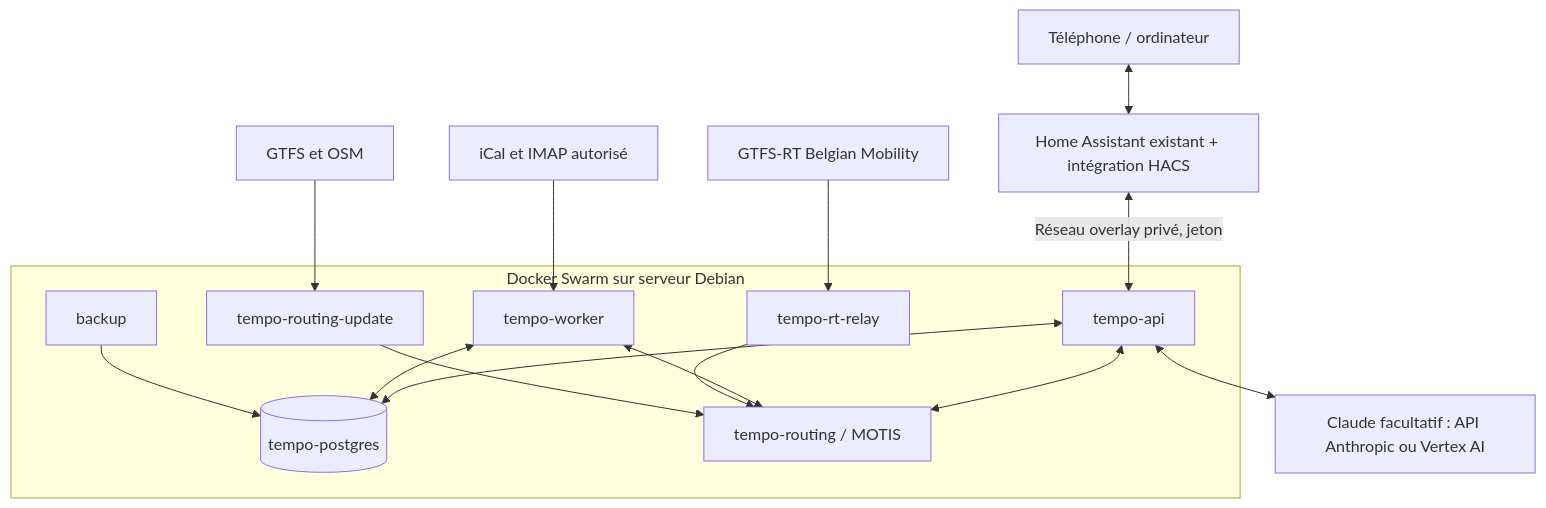
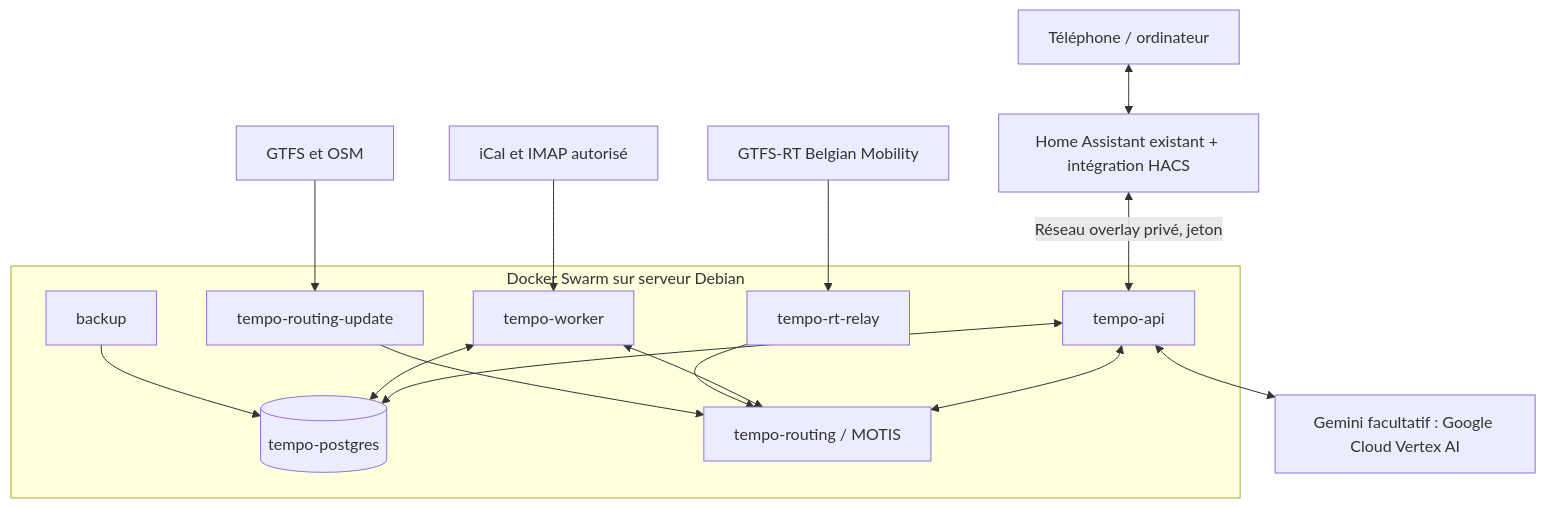
Diagram 13 of 13 in ARCHITECTURE.md (mtx26/Tempo), drawn with Mermaid before and after one commit. The commit also changed other lines of this file and 10 other files, not shown here.

First line of the commit message:
LLM: Gemini on Google Cloud Vertex AI only

````diff
--- a/ARCHITECTURE.md
+++ b/ARCHITECTURE.md
@@ -694,25 +694,25 @@
 ```mermaid
 flowchart TD
  U[Téléphone / ordinateur] <--> HA[Home Assistant existant + intégration HACS]
  subgraph SW[Docker Swarm sur serveur Debian]
  API[tempo-api]
  W[tempo-worker]
  DB[(tempo-postgres)]
  M[tempo-routing / MOTIS]
  RT[tempo-rt-relay]
  UP[tempo-routing-update]
  BK[backup]
  API <--> DB
  W <--> DB
  API <--> M
  W <--> M
  RT --> M
  UP --> M
  BK --> DB
  end
  HA <-->|Réseau overlay privé, jeton| API
- API <--> L[Claude facultatif : API Anthropic ou Vertex AI]
+ API <--> L[Gemini facultatif : Google Cloud Vertex AI]
  I[iCal et IMAP autorisé] --> W
  G[GTFS et OSM] --> UP
  R[GTFS-RT Belgian Mobility] --> RT
 ```
````
